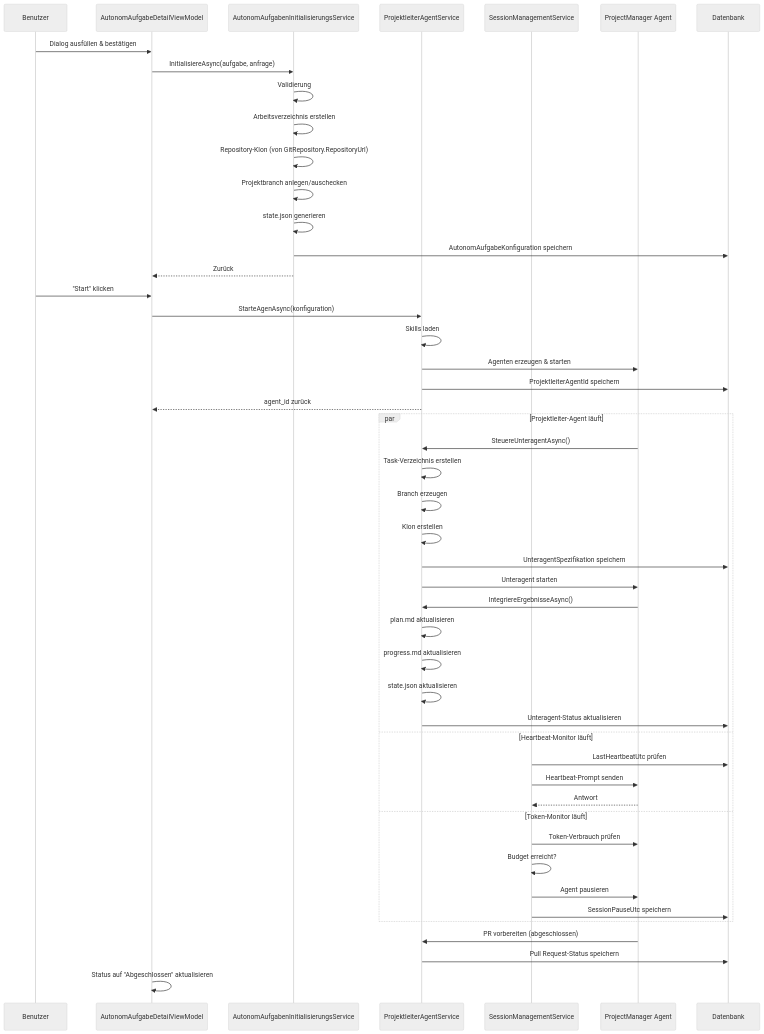
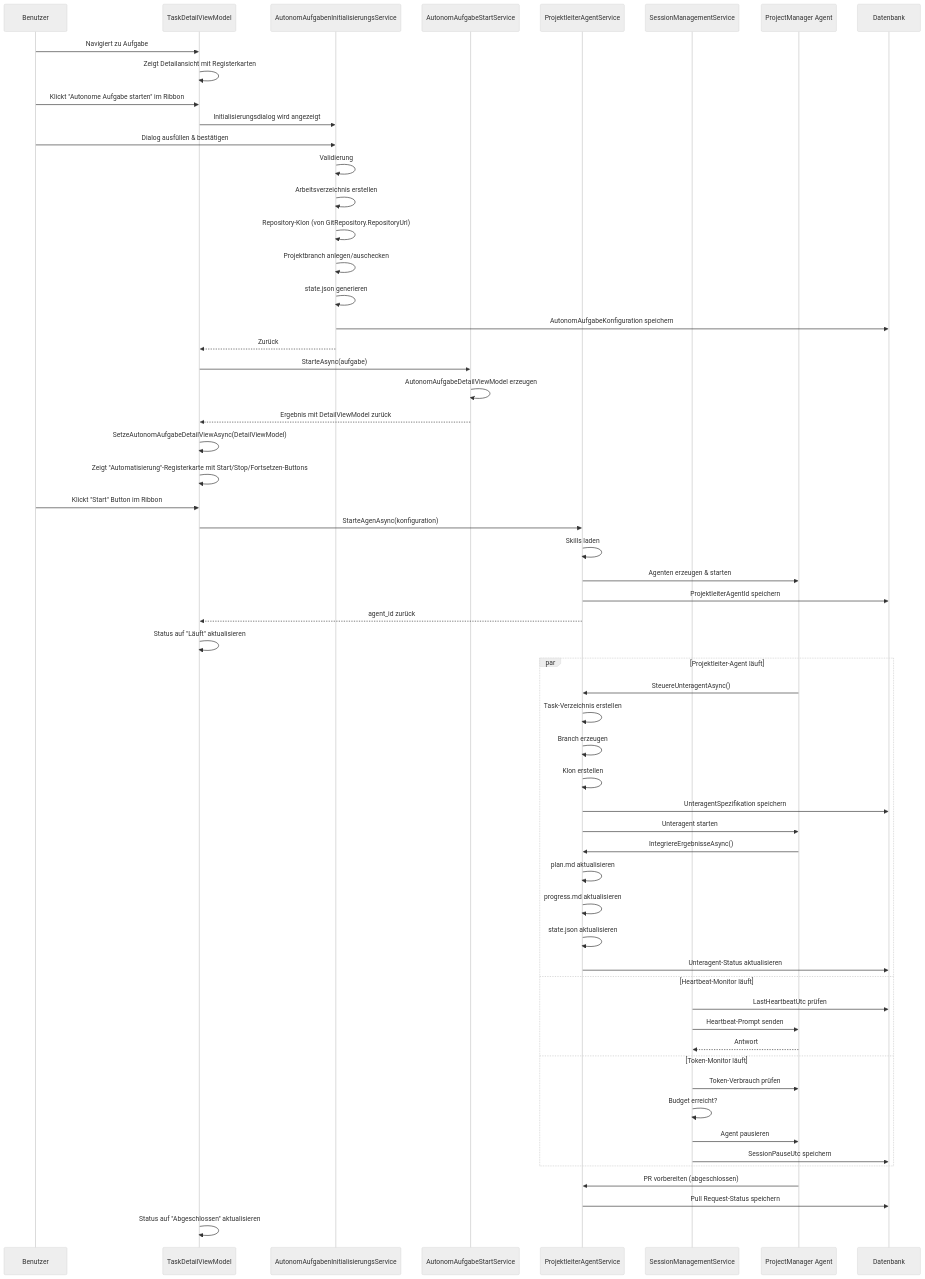
The diagram in docs/help/aufgaben/autonome-aufgaben/ablauf-technisch.md (martin-stromberg/Softwareschmiede), drawn with Mermaid (neutral theme) before and after one commit. The commit also changed other lines of this file and 29 other files, not shown here.

First line of the commit message:
feat: Autonome Aufgabe als Registerkarte in Aufgaben-Detailansicht integrieren

````diff
--- a/docs/help/aufgaben/autonome-aufgaben/ablauf-technisch.md
+++ b/docs/help/aufgaben/autonome-aufgaben/ablauf-technisch.md
@@ -490,55 +492,67 @@
 ```mermaid
 sequenceDiagram
     participant Benutzer
-    participant UI as AutonomAufgabeDetailViewModel
+    participant UI as TaskDetailViewModel
     participant Init as AutonomAufgabenInitialisierungsService
+    participant Start as AutonomAufgabeStartService
     participant Proj as ProjektleiterAgentService
     participant Session as SessionManagementService
     participant Agent as ProjectManager Agent
     participant DB as Datenbank
 
-    Benutzer->>UI: Dialog ausfüllen & bestätigen
-    UI->>Init: InitialisiereAsync(aufgabe, anfrage)
+    Benutzer->>UI: Navigiert zu Aufgabe
+    UI->>UI: Zeigt Detailansicht mit Registerkarten
+
+    Benutzer->>UI: Klickt "Autonome Aufgabe starten" im Ribbon
+    UI->>Init: Initialisierungsdialog wird angezeigt
+    Benutzer->>Init: Dialog ausfüllen & bestätigen
     Init->>Init: Validierung
     Init->>Init: Arbeitsverzeichnis erstellen
     Init->>Init: Repository-Klon (von GitRepository.RepositoryUrl)
     Init->>Init: Projektbranch anlegen/auschecken
     Init->>Init: state.json generieren
     Init->>DB: AutonomAufgabeKonfiguration speichern
     Init-->>UI: Zurück
 
-    Benutzer->>UI: "Start" klicken
+    UI->>Start: StarteAsync(aufgabe)
+    Start->>Start: AutonomAufgabeDetailViewModel erzeugen
+    Start-->>UI: Ergebnis mit DetailViewModel zurück
+    UI->>UI: SetzeAutonomAufgabeDetailViewAsync(DetailViewModel)
+    UI->>UI: Zeigt "Automatisierung"-Registerkarte mit Start/Stop/Fortsetzen-Buttons
+
+    Benutzer->>UI: Klickt "Start" Button im Ribbon
     UI->>Proj: StarteAgenAsync(konfiguration)
     Proj->>Proj: Skills laden
     Proj->>Agent: Agenten erzeugen & starten
     Proj->>DB: ProjektleiterAgentId speichern
     Proj-->>UI: agent_id zurück
+    UI->>UI: Status auf "Läuft" aktualisieren
 
     par Projektleiter-Agent läuft
         Agent->>Proj: SteuereUnteragentAsync()
         Proj->>Proj: Task-Verzeichnis erstellen
         Proj->>Proj: Branch erzeugen
         Proj->>Proj: Klon erstellen
         Proj->>DB: UnteragentSpezifikation speichern
         Proj->>Agent: Unteragent starten
         
         Agent->>Proj: IntegriereErgebnisseAsync()
         Proj->>Proj: plan.md aktualisieren
         Proj->>Proj: progress.md aktualisieren
         Proj->>Proj: state.json aktualisieren
         Proj->>DB: Unteragent-Status aktualisieren
     and Heartbeat-Monitor läuft
         Session->>DB: LastHeartbeatUtc prüfen
         Session->>Agent: Heartbeat-Prompt senden
         Agent-->>Session: Antwort
     and Token-Monitor läuft
         Session->>Agent: Token-Verbrauch prüfen
         Session->>Session: Budget erreicht?
         Session->>Agent: Agent pausieren
         Session->>DB: SessionPauseUtc speichern
     end
 
     Agent->>Proj: PR vorbereiten (abgeschlossen)
     Proj->>DB: Pull Request-Status speichern
     UI->>UI: Status auf "Abgeschlossen" aktualisieren
 ```
````
